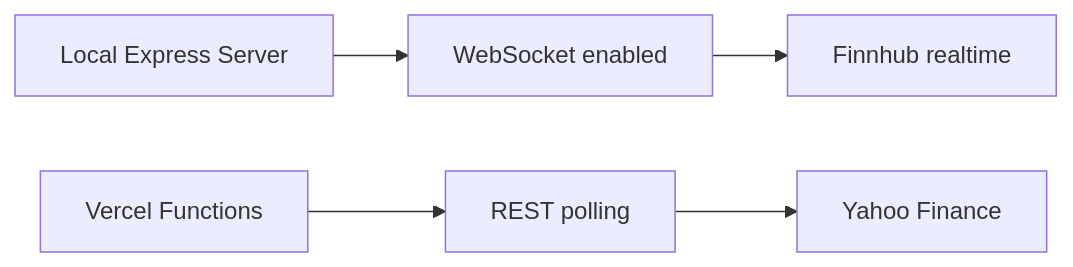
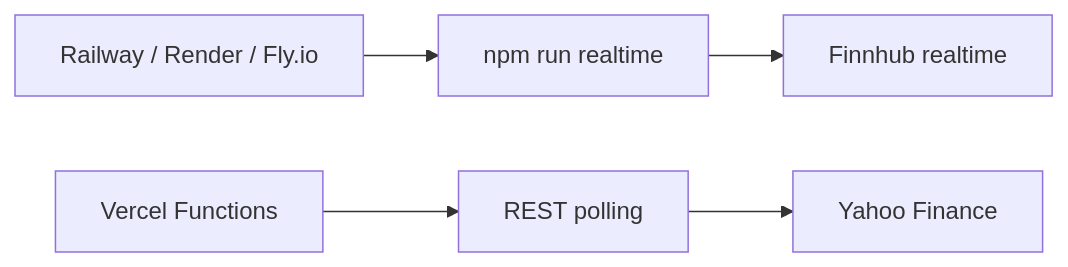
One commit to amuldi/Moayo_SmartPortfolio changed the third of 3 diagrams in docs/architecture.md. Above: the diagram before and after it, drawn with Mermaid. The commit also changed other lines of this file and 15 other files, not shown here.

````diff
--- a/docs/architecture.md
+++ b/docs/architecture.md
@@ -51,8 +52,8 @@
 ```mermaid
 flowchart LR
-  Local["Local Express Server"] --> WsEnabled["WebSocket enabled"]
+  RealtimeHost["Railway / Render / Fly.io"] --> WsEnabled["npm run realtime"]
   WsEnabled --> Finnhub["Finnhub realtime"]
 
   Vercel["Vercel Functions"] --> RestOnly["REST polling"]
   RestOnly --> Yahoo["Yahoo Finance"]
 ```
````
